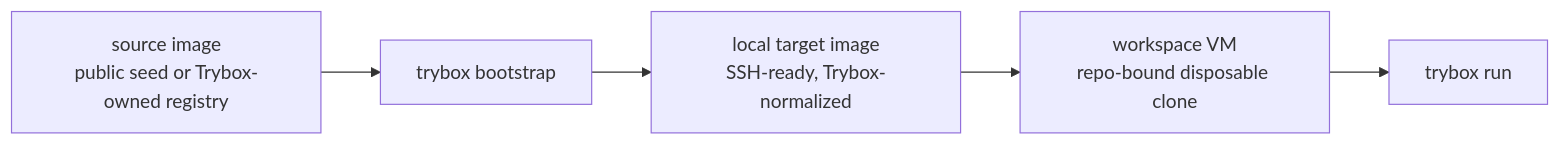
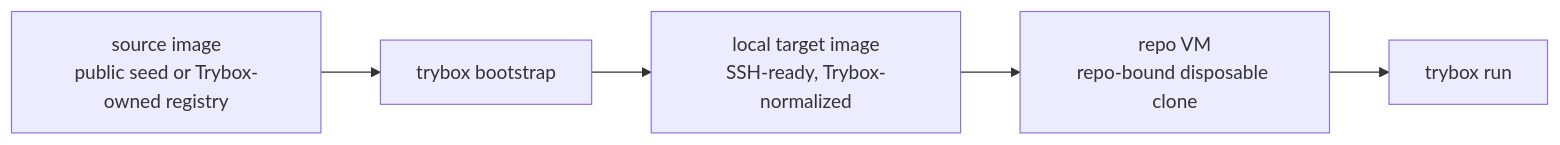
One commit to jwmossmoz/trybox changed the diagram in docs/images.md. Above: the diagram before and after it, drawn with Mermaid. The commit also changed other lines of this file and 39 other files, not shown here.

Commit message:
Simplify Trybox run workflow

````diff
--- a/docs/images.md
+++ b/docs/images.md
@@ -17,7 +17,7 @@
 ```mermaid
 flowchart LR
     source["source image<br/>public seed or Trybox-owned registry"] --> bootstrap["trybox bootstrap"]
     bootstrap --> target["local target image<br/>SSH-ready, Trybox-normalized"]
-    target --> workspace["workspace VM<br/>repo-bound disposable clone"]
-    workspace --> run["trybox run"]
+    target --> vm["repo VM<br/>repo-bound disposable clone"]
+    vm --> run["trybox run"]
 ```
````
